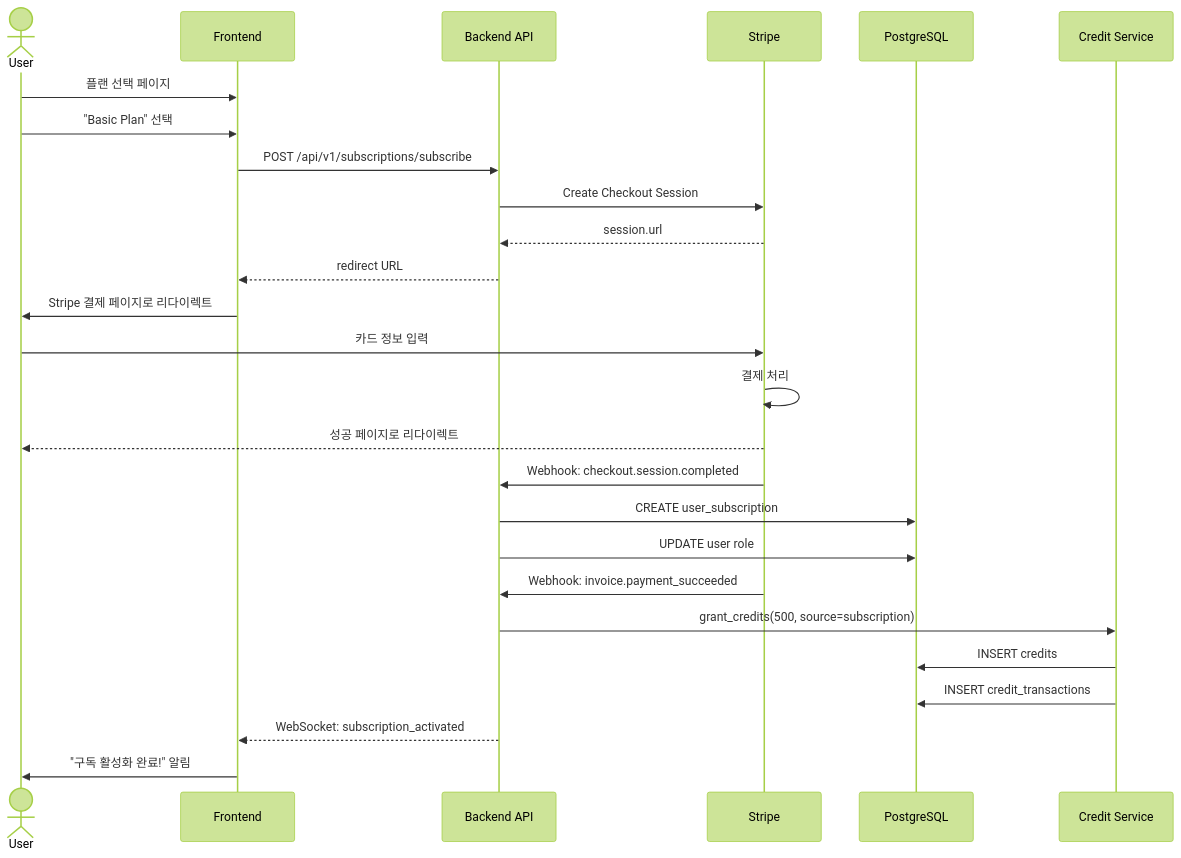
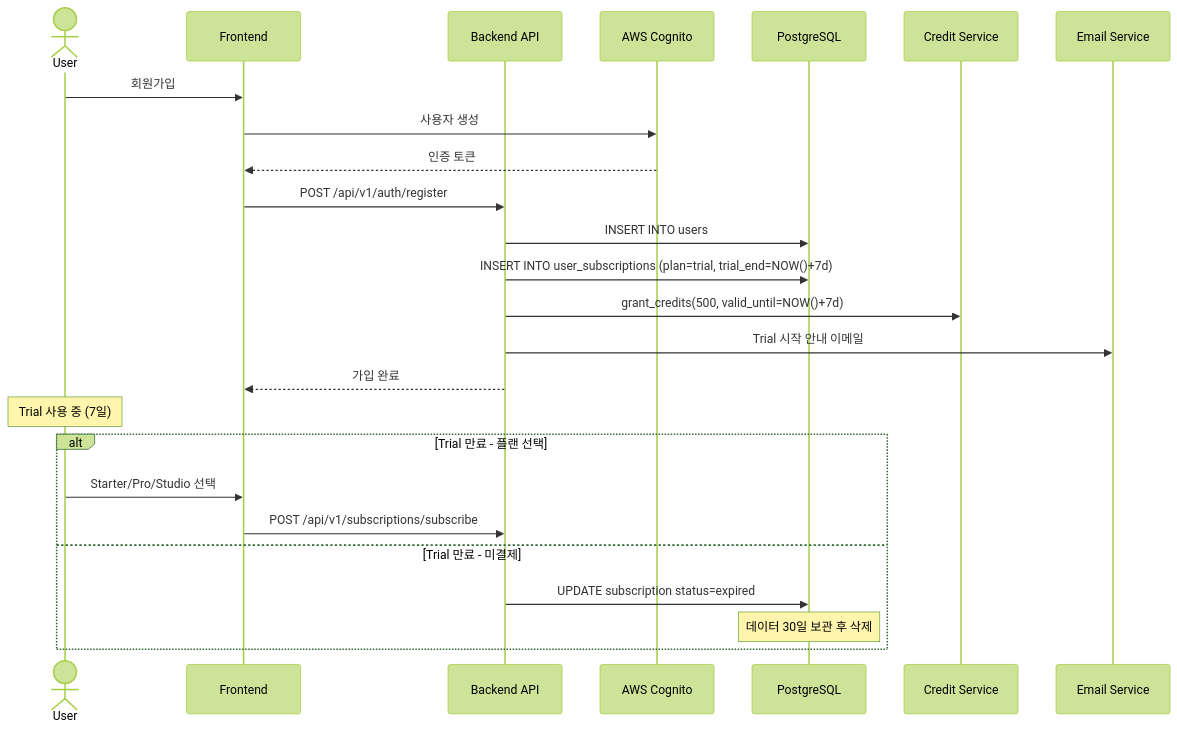
The seventh of 11 diagrams in docs/saas-analysis/05_SUBSCRIPTION_BILLING_SYSTEM.md (Pinksea-AI/InvokeAI), drawn with Mermaid (forest theme) before and after one commit. The commit also changed other lines of this file and 6 other files, not shown here.

````diff
--- a/docs/saas-analysis/05_SUBSCRIPTION_BILLING_SYSTEM.md
+++ b/docs/saas-analysis/05_SUBSCRIPTION_BILLING_SYSTEM.md
@@ -692,33 +521,31 @@
 ```mermaid
 sequenceDiagram
     actor User
     participant UI as Frontend
     participant API as Backend API
-    participant Stripe as Stripe
+    participant Cognito as AWS Cognito
     participant DB as PostgreSQL
-    participant Credit as Credit Service
+    participant CS as Credit Service
+    participant Email as Email Service
 
-    User->>UI: 플랜 선택 페이지
-    User->>UI: "Basic Plan" 선택
-    UI->>API: POST /api/v1/subscriptions/subscribe
-    API->>Stripe: Create Checkout Session
-    Stripe-->>API: session.url
-    API-->>UI: redirect URL
-    UI->>User: Stripe 결제 페이지로 리다이렉트
+    User->>UI: 회원가입
+    UI->>Cognito: 사용자 생성
+    Cognito-->>UI: 인증 토큰
 
-    User->>Stripe: 카드 정보 입력
-    Stripe->>Stripe: 결제 처리
-    Stripe-->>User: 성공 페이지로 리다이렉트
-    Stripe->>API: Webhook: checkout.session.completed
+    UI->>API: POST /api/v1/auth/register
+    API->>DB: INSERT INTO users
+    API->>DB: INSERT INTO user_subscriptions (plan=trial, trial_end=NOW()+7d)
+    API->>CS: grant_credits(500, valid_until=NOW()+7d)
+    API->>Email: Trial 시작 안내 이메일
+    API-->>UI: 가입 완료
 
-    API->>DB: CREATE user_subscription
-    API->>DB: UPDATE user role
-    Stripe->>API: Webhook: invoice.payment_succeeded
+    Note over User: Trial 사용 중 (7일)
 
-    API->>Credit: grant_credits(500, source=subscription)
-    Credit->>DB: INSERT credits
-    Credit->>DB: INSERT credit_transactions
-    API-->>UI: WebSocket: subscription_activated
-
-    UI->>User: "구독 활성화 완료!" 알림
+    alt Trial 만료 - 플랜 선택
+        User->>UI: Starter/Pro/Studio 선택
+        UI->>API: POST /api/v1/subscriptions/subscribe
+    else Trial 만료 - 미결제
+        API->>DB: UPDATE subscription status=expired
+        Note over DB: 데이터 30일 보관 후 삭제
+    end
 ```
````
